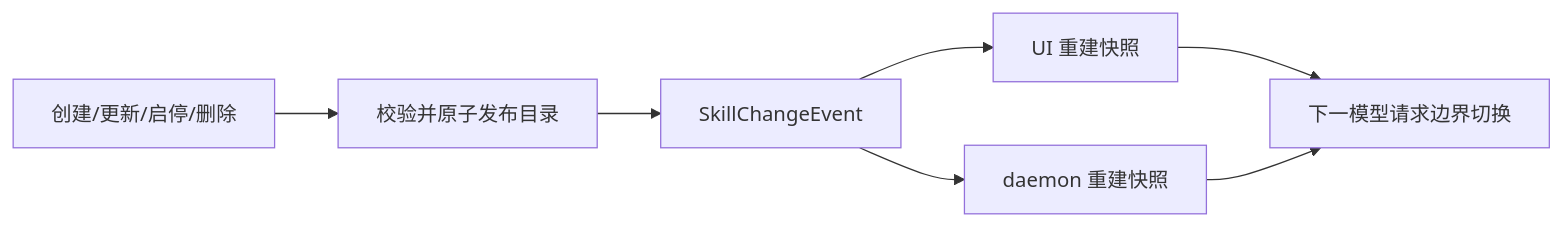
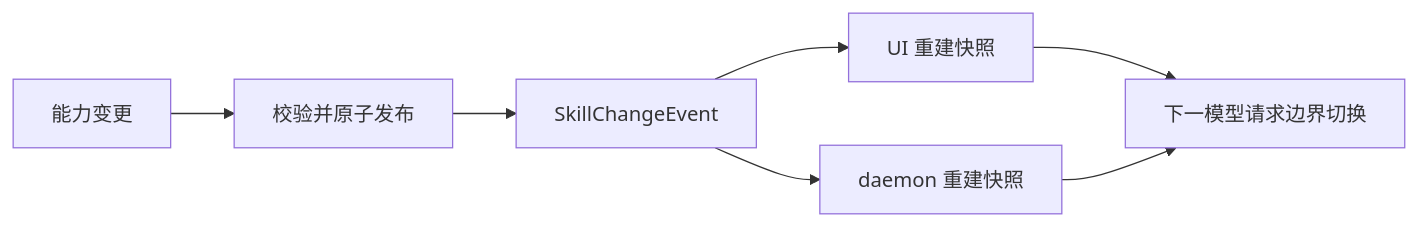
Before and after one commit to chuancyzhang/deepseek-cowork: the second of 2 diagrams in docs/skill-system.md, drawn with Mermaid. The commit also changed other lines of this file and 12 other files, not shown here.

````diff
--- a/docs/skill-system.md
+++ b/docs/skill-system.md
@@ -225,9 +240,9 @@
 ```mermaid
 flowchart LR
-    M["创建/更新/启停/删除"] --> V["校验并原子发布目录"]
+    M["能力变更"] --> V["校验并原子发布"]
     V --> E["SkillChangeEvent"]
     E --> U["UI 重建快照"]
     E --> D["daemon 重建快照"]
     U --> B["下一模型请求边界切换"]
     D --> B
 ```
````
